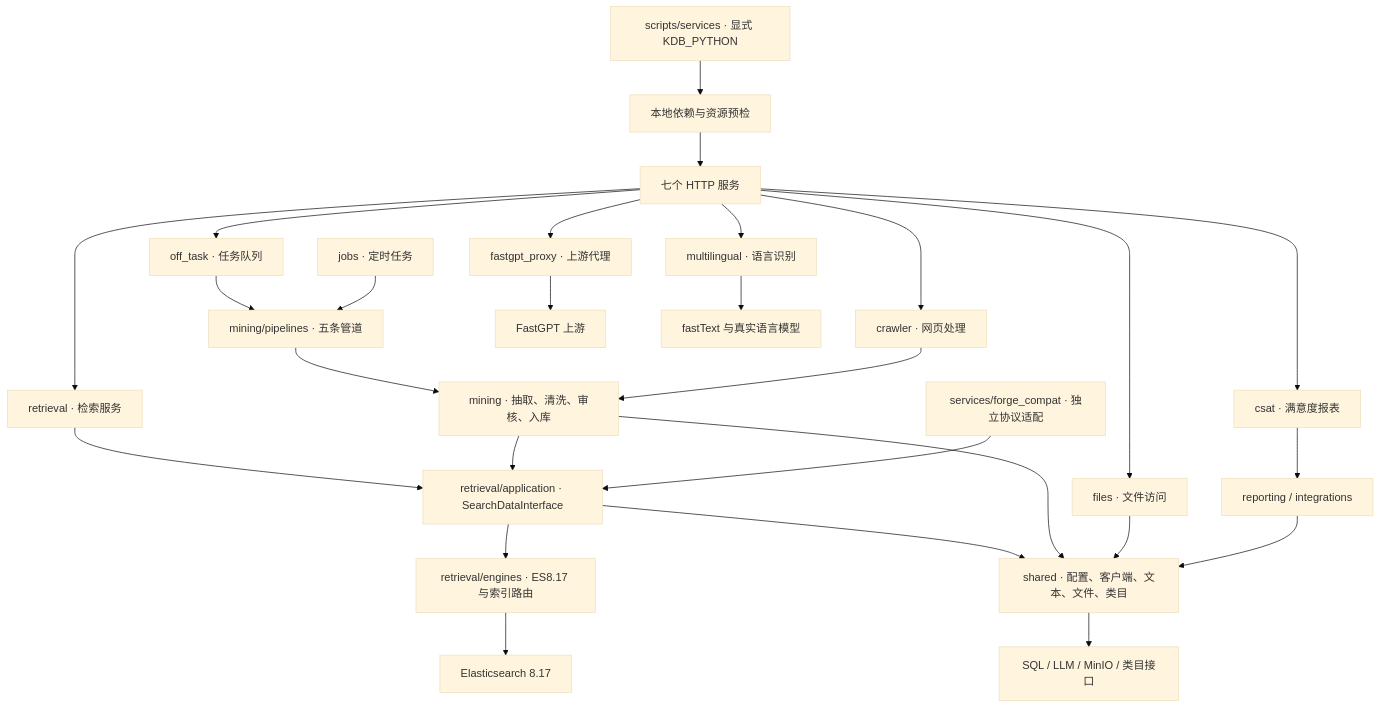
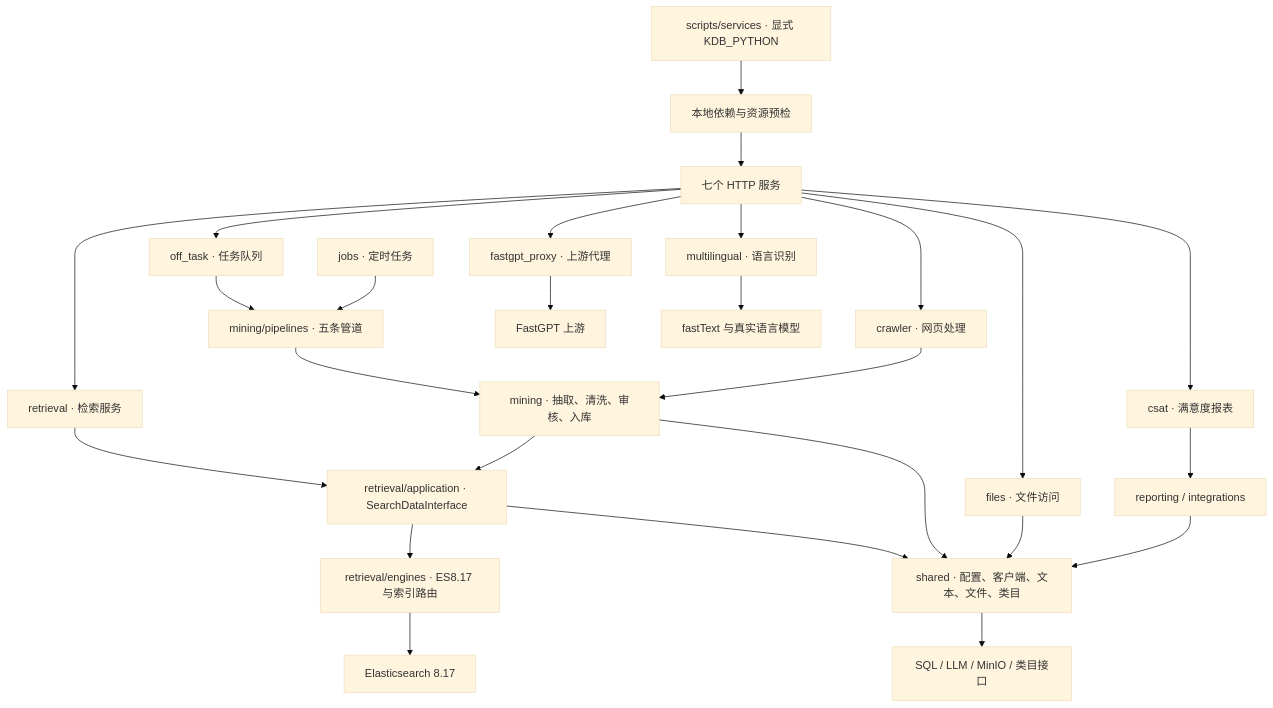
The diagram in docs/Architecture_Overview_Diagram.md (chenqishi/kdb-forge), drawn with Mermaid (base theme) before and after one commit. The commit also changed other lines of this file and 142 other files, not shown here.

````diff
--- a/docs/Architecture_Overview_Diagram.md
+++ b/docs/Architecture_Overview_Diagram.md
@@ -5,29 +5,28 @@
 ```mermaid
 flowchart TB
   CLI[scripts/services · 显式 KDB_PYTHON] --> CHECK[本地依赖与资源预检]
   CHECK --> S[七个 HTTP 服务]
   S --> RET[retrieval · 检索服务]
   S --> OFF[off_task · 任务队列]
   S --> CRAWL[crawler · 网页处理]
   S --> FILE[files · 文件访问]
   S --> LANG[multilingual · 语言识别]
   S --> CSAT[csat · 满意度报表]
   S --> FAST[fastgpt_proxy · 上游代理]
   OFF --> PIPE[mining/pipelines · 五条管道]
   JOB[jobs · 定时任务] --> PIPE
   PIPE --> STAGE[mining · 抽取、清洗、审核、入库]
   RET --> APP[retrieval/application · SearchDataInterface]
   STAGE --> APP
-  COMP[services/forge_compat · 独立协议适配] --> APP
   APP --> ENG[retrieval/engines · ES8.17 与索引路由]
   APP --> SHARED[shared · 配置、客户端、文本、文件、类目]
   STAGE --> SHARED
   CRAWL --> STAGE
   FILE --> SHARED
   CSAT --> REPORT[reporting / integrations]
   REPORT --> SHARED
   FAST --> UP[FastGPT 上游]
   LANG --> MODEL[fastText 与真实语言模型]
   ENG --> ES[Elasticsearch 8.17]
   SHARED --> EXT[SQL / LLM / MinIO / 类目接口]
 ```
````
